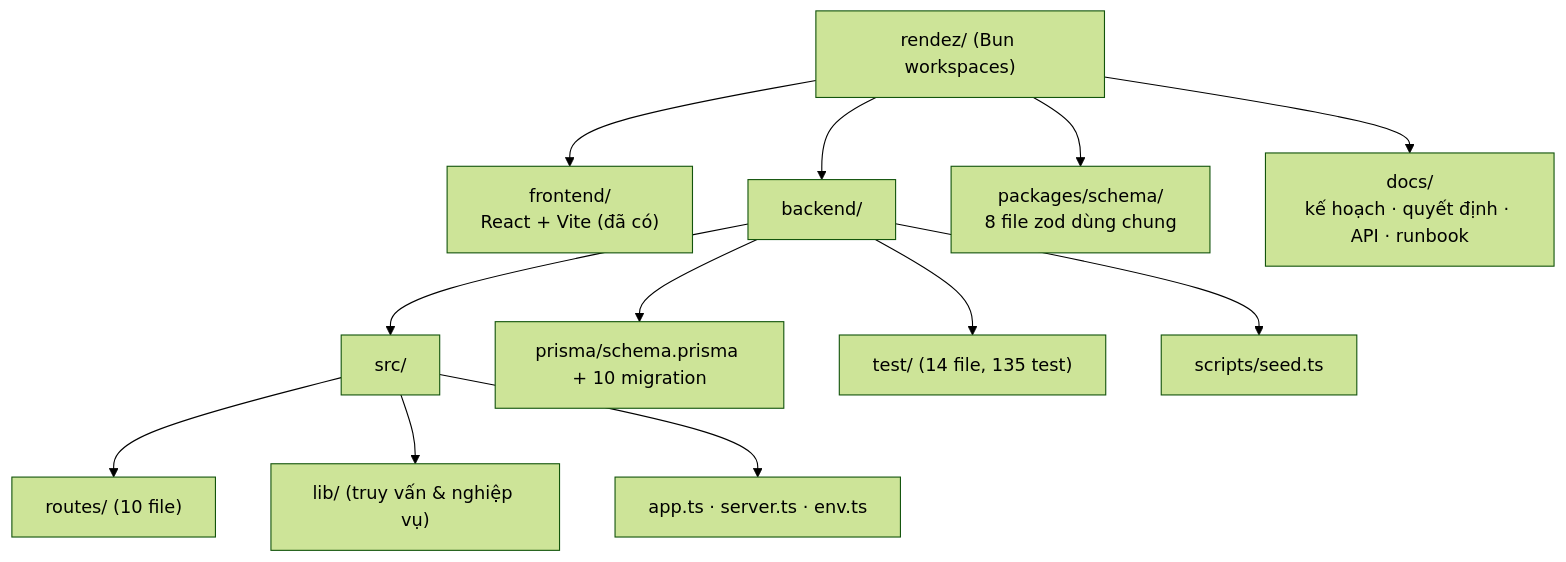
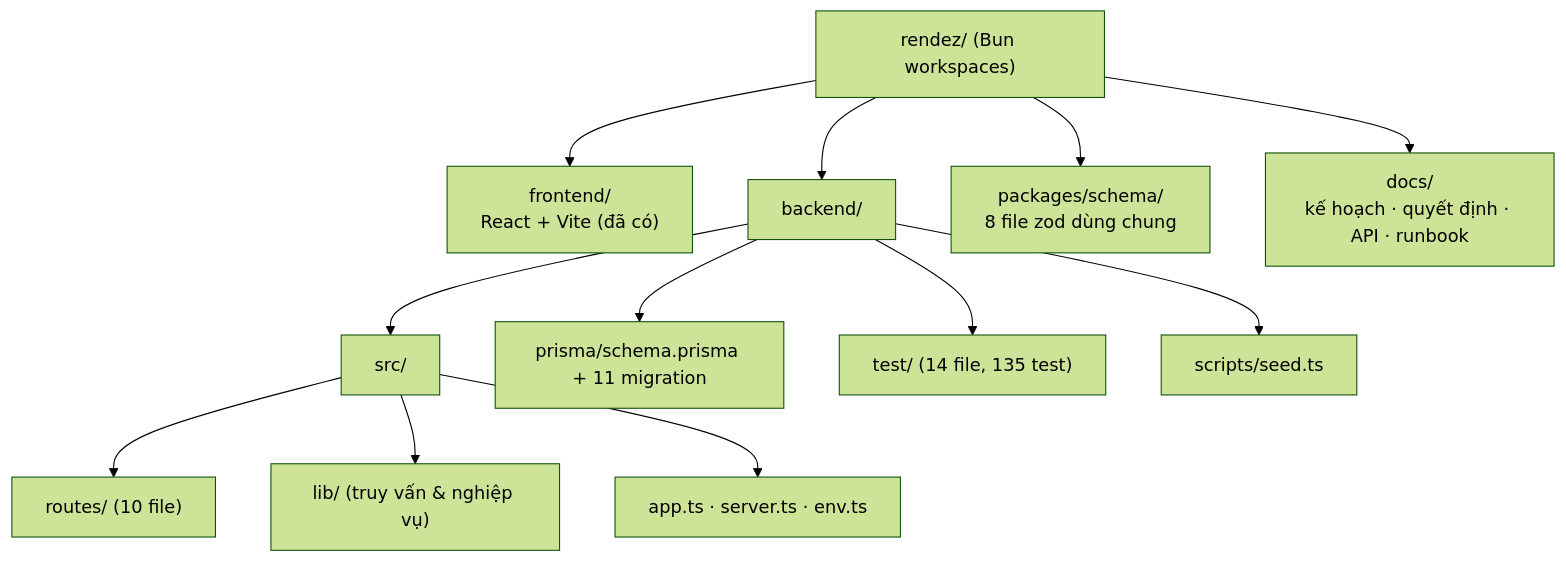
One commit to longqt321/Rendez-PBL6 changed the sixth of 14 diagrams in docs/bao-cao/BAO-CAO-DO-AN.md. Above: the diagram before and after it, drawn with Mermaid (forest theme). The commit also changed other lines of this file and 30 other files, not shown here.

````diff
--- a/docs/bao-cao/BAO-CAO-DO-AN.md
+++ b/docs/bao-cao/BAO-CAO-DO-AN.md
@@ -443,15 +443,15 @@
 ```mermaid
 flowchart TB
   Root["rendez/ (Bun workspaces)"]
   Root --> FE["frontend/<br/>React + Vite (đã có)"]
   Root --> BE["backend/"]
   Root --> PKG["packages/schema/<br/>8 file zod dùng chung"]
   Root --> DOC["docs/<br/>kế hoạch · quyết định · API · runbook"]
   BE --> SRC["src/"]
   SRC --> R["routes/ (10 file)"]
   SRC --> L["lib/ (truy vấn & nghiệp vụ)"]
   SRC --> I["app.ts · server.ts · env.ts"]
-  BE --> PR["prisma/schema.prisma + 10 migration"]
+  BE --> PR["prisma/schema.prisma + 11 migration"]
   BE --> T["test/ (14 file, 135 test)"]
   BE --> SC["scripts/seed.ts"]
 ```
````
